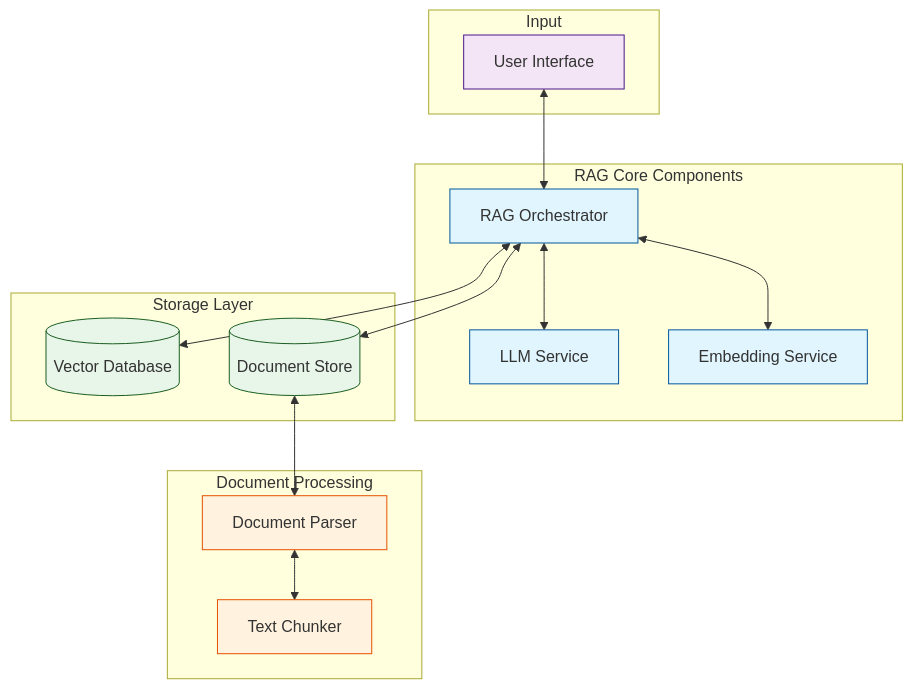
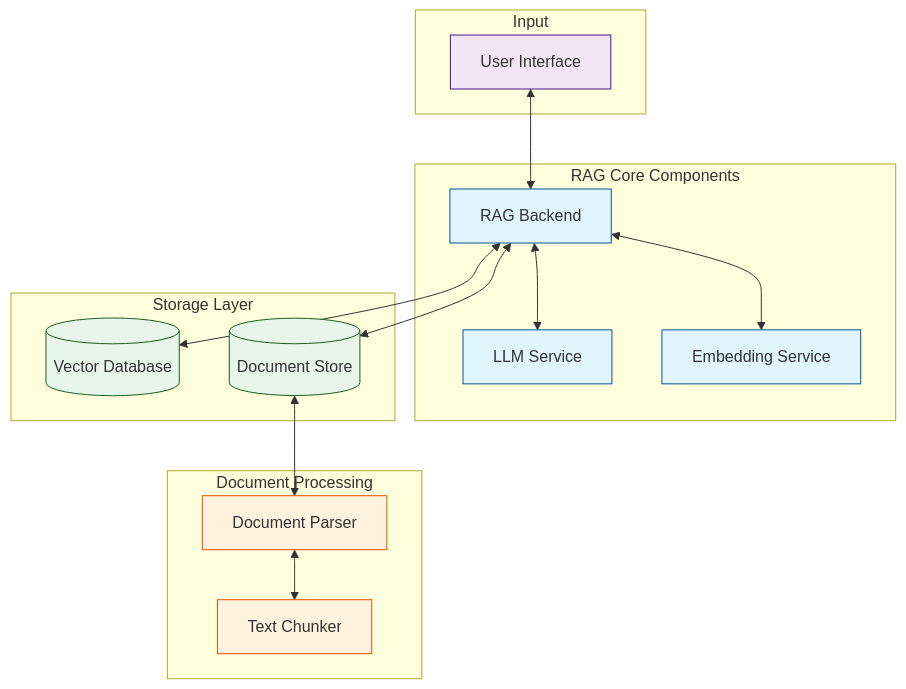
One commit to rte-france/wattelse changed the second of 4 diagrams in README.md. Above: the diagram before and after it, drawn with Mermaid.

Commit message:
Minor change

````diff
--- a/README.md
+++ b/README.md
@@ -83,41 +83,41 @@
 ```mermaid
 flowchart TB
     subgraph Input
         User[User Interface]
     end
 
     subgraph "RAG Core Components"
-        RAG[RAG Orchestrator]
+        RAG[RAG Backend]
         LLM[LLM Service]
         Embedding[Embedding Service]
     end
 
     subgraph "Storage Layer"
         VectorDB[(Vector Database)]
         DocStore[(Document Store)]
     end
 
     subgraph "Document Processing"
         Parser[Document Parser]
         Chunker[Text Chunker]
     end
 
     User <--> RAG
     RAG <--> LLM
     RAG <--> Embedding
     RAG <--> VectorDB
     RAG <--> DocStore
     DocStore <--> Parser
     Parser <--> Chunker
 
     classDef core fill:#e1f5fe,stroke:#01579b
     classDef storage fill:#e8f5e9,stroke:#1b5e20
     classDef processing fill:#fff3e0,stroke:#e65100
     classDef input fill:#f3e5f5,stroke:#4a148c
 
     class RAG,LLM,Embedding core
     class VectorDB,DocStore storage
     class Parser,Chunker processing
     class User input
 
 ```
````
